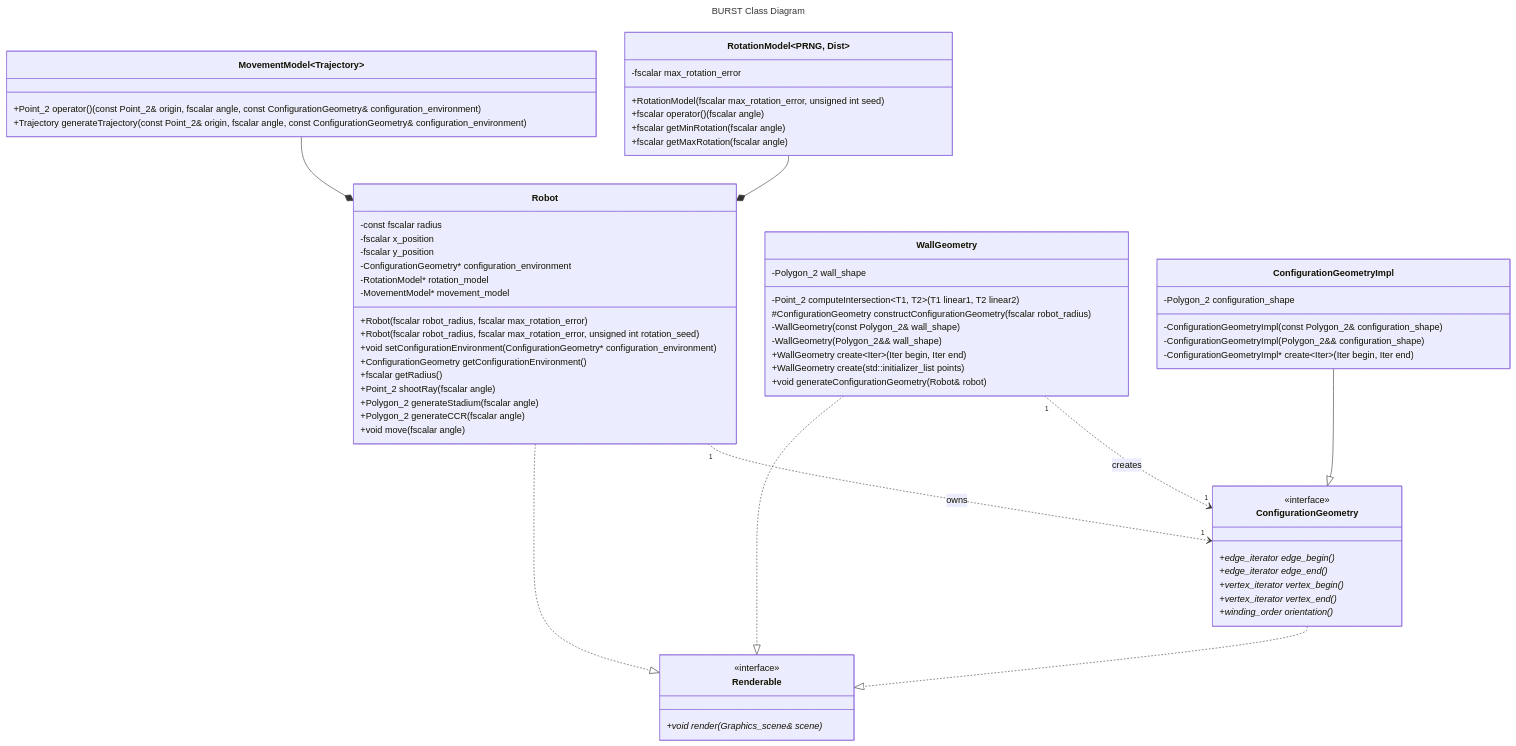
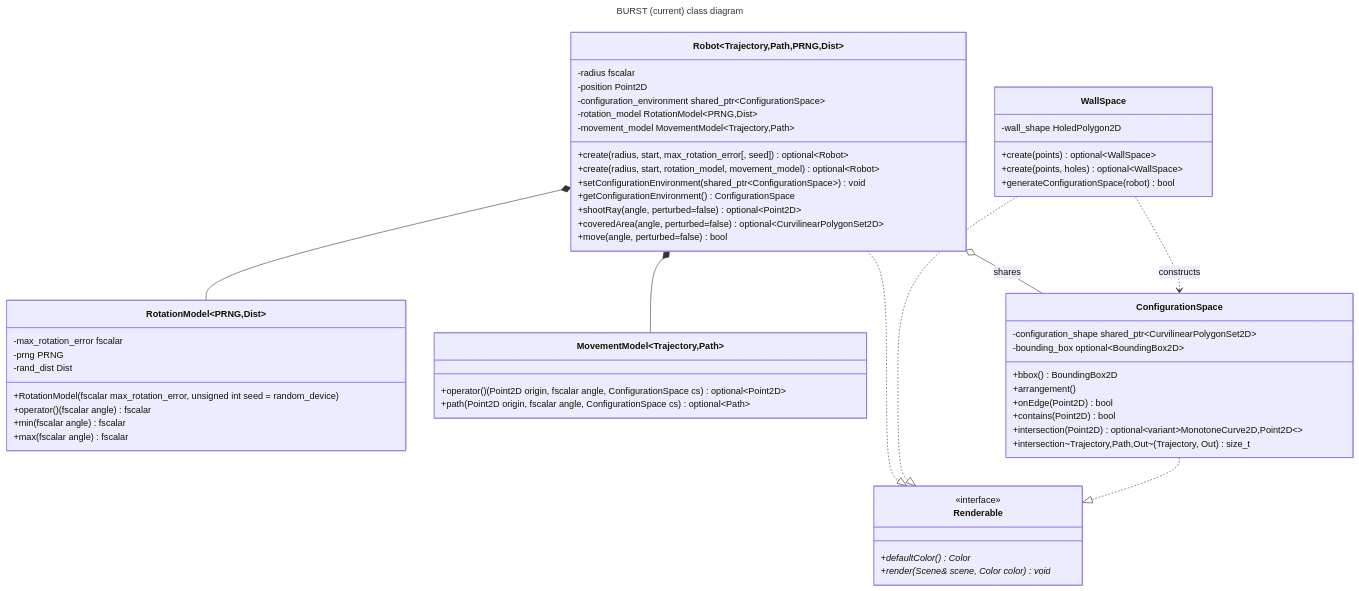
Before and after one commit to KedarPanchal/DAIR-BURST: the diagram in docs/DESIGN.md, drawn with Mermaid. The commit also changed other lines of this file, not shown here.

````diff
--- a/docs/DESIGN.md
+++ b/docs/DESIGN.md
@@ -16,81 +46,68 @@
 ```mermaid
 ---
-title: BURST Class Diagram
+title: BURST (current) class diagram
 ---
 classDiagram
     direction TD
-    class RotationModel~PRNG, Dist~ {
-        -fscalar max_rotation_error
-        
-        +RotationModel(fscalar max_rotation_error, unsigned int seed)
-        +fscalar operator() (fscalar angle)
-        +fscalar getMinRotation(fscalar angle)
-        +fscalar getMaxRotation(fscalar angle)
-    }
-    
-    class MovementModel~Trajectory~ {
-        +Point_2 operator() (const Point_2& origin, fscalar angle, const ConfigurationGeometry& configuration_environment)
-        +Trajectory generateTrajectory(const Point_2& origin, fscalar angle, const ConfigurationGeometry& configuration_environment)
+
+    class Renderable {
+        <<interface>>
+        +defaultColor() Color*
+        +render(Scene& scene, Color color) void*
     }
 
-    class Renderable {
-        +void render(Graphics_scene& scene)*
+    class RotationModel~PRNG,Dist~ {
+        -max_rotation_error fscalar
+        -prng PRNG
+        -rand_dist Dist
+        +RotationModel(fscalar max_rotation_error, unsigned int seed = random_device)
+        +operator()(fscalar angle) fscalar
+        +min(fscalar angle) fscalar
+        +max(fscalar angle) fscalar
     }
-    <<interface>> Renderable
 
-    class Robot {
-        -const fscalar radius
-        -fscalar x_position
-        -fscalar y_position
-        -ConfigurationGeometry* configuration_environment
-        -RotationModel* rotation_model
-        -MovementModel* movement_model
+    class MovementModel~Trajectory,Path~ {
+        +operator()(Point2D origin, fscalar angle, ConfigurationSpace cs) optional~Point2D~
+        +path(Point2D origin, fscalar angle, ConfigurationSpace cs) optional~Path~
+    }
 
-        +Robot(fscalar robot_radius, fscalar max_rotation_error)
-        +Robot(fscalar robot_radius, fscalar max_rotation_error, unsigned int rotation_seed)
-        +void setConfigurationEnvironment(ConfigurationGeometry* configuration_environment)
-        +ConfigurationGeometry getConfigurationEnvironment()
-        +fscalar getRadius()
-        +Point_2 shootRay(fscalar angle)
-        +Polygon_2 generateStadium(fscalar angle)
-        +Polygon_2 generateCCR(fscalar angle)
-        +void move(fscalar angle)
+    class ConfigurationSpace {
+        -configuration_shape shared_ptr~CurvilinearPolygonSet2D~
+        -bounding_box optional~BoundingBox2D~
+        +bbox() BoundingBox2D
+        +arrangement()
+        +onEdge(Point2D) bool
+        +contains(Point2D) bool
+        +intersection(Point2D) optional~variant~MonotoneCurve2D,Point2D~~
+        +intersection~Trajectory,Path,Out~(Trajectory, Out) size_t
+    }
+    ConfigurationSpace ..|> Renderable
+
+    class WallSpace {
+        -wall_shape HoledPolygon2D
+        +create(points) optional~WallSpace~
+        +create(points, holes) optional~WallSpace~
+        +generateConfigurationSpace(robot) bool
+    }
+    WallSpace ..|> Renderable
+    WallSpace ..> ConfigurationSpace : constructs
+
+    class Robot~Trajectory,Path,PRNG,Dist~ {
+        -radius fscalar
+        -position Point2D
+        -configuration_environment shared_ptr~ConfigurationSpace~
+        -rotation_model RotationModel~PRNG,Dist~
+        -movement_model MovementModel~Trajectory,Path~
+        +create(radius, start, max_rotation_error[, seed]) optional~Robot~
+        +create(radius, start, rotation_model, movement_model) optional~Robot~
+        +setConfigurationEnvironment(shared_ptr~ConfigurationSpace~) void
+        +getConfigurationEnvironment() ConfigurationSpace
+        +shootRay(angle, perturbed=false) optional~Point2D~
+        +coveredArea(angle, perturbed=false) optional~CurvilinearPolygonSet2D~
+        +move(angle, perturbed=false) bool
     }
     Robot ..|> Renderable
-    MovementModel --* Robot
-    RotationModel --* Robot
-
-    class WallGeometry {
-        -Polygon_2 wall_shape
-
-        -Point_2 computeIntersection~T1, T2~(T1 linear1, T2 linear2)
-        #ConfigurationGeometry constructConfigurationGeometry(fscalar robot_radius)
-        -WallGeometry(const Polygon_2& wall_shape)
-        -WallGeometry(Polygon_2&& wall_shape)
-        +WallGeometry create~Iter~(Iter begin, Iter end)
-        +WallGeometry create(std::initializer_list<Point_2> points)
-        +void generateConfigurationGeometry(Robot& robot)
-    }
-    WallGeometry ..|> Renderable
-
-    class ConfigurationGeometry {
-        +edge_iterator edge_begin()*
-        +edge_iterator edge_end()*
-        +vertex_iterator vertex_begin()*
-        +vertex_iterator vertex_end()*
-        +winding_order orientation()*
-    }
-    <<interface>> ConfigurationGeometry
-    ConfigurationGeometry ..|> Renderable
-    WallGeometry "1" ..> "1" ConfigurationGeometry : creates
-    Robot "1" ..> "1" ConfigurationGeometry : owns
-
-    class ConfigurationGeometryImpl {
-        -Polygon_2 configuration_shape
-
-        -ConfigurationGeometryImpl(const Polygon_2& configuration_shape)
-        -ConfigurationGeometryImpl(Polygon_2&& configuration_shape)
-        -ConfigurationGeometryImpl* create~Iter~(Iter begin, Iter end)
-    }
-    ConfigurationGeometryImpl --|> ConfigurationGeometry
+    Robot o-- ConfigurationSpace : shares
+    Robot *-- RotationModel
+    Robot *-- MovementModel
 ```
````
